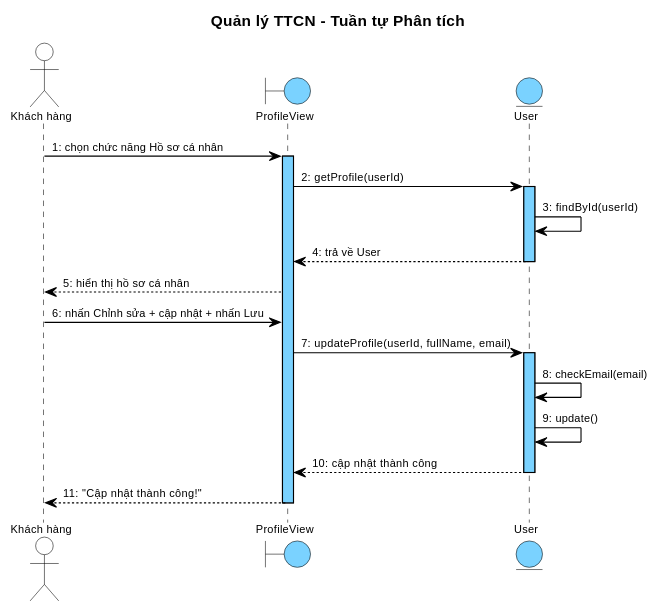
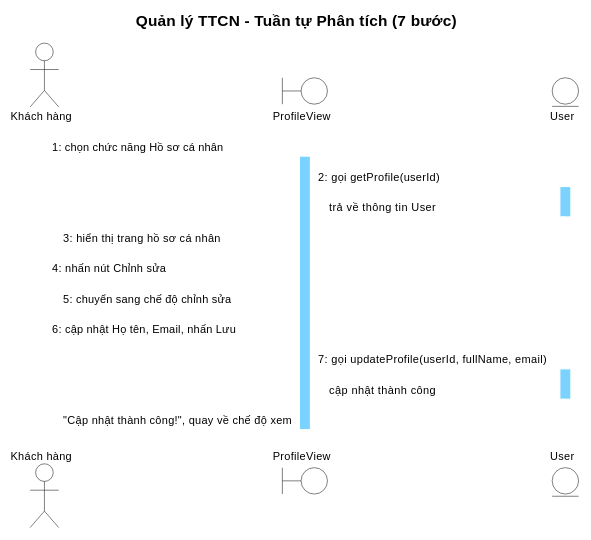
One commit to thanhtrnnn/cnpm changed the sixth of 7 diagrams in docs/tabs/section-account-ii.md. Above: the diagram before and after it, drawn with PlantUML. The commit also changed other lines of this file and 16 other files, not shown here.

First line of the commit message:
feat: strict step alignment + blue diagrams + native bullets

````diff
--- a/docs/tabs/section-account-ii.md
+++ b/docs/tabs/section-account-ii.md
@@ -650,76 +562,52 @@
 ```plantuml
 @startuml
 skinparam shadowing false
 skinparam SequenceMessageAlign left
-
 skinparam SequenceLifeLineBackgroundColor #7AD2FF
 skinparam SequenceLifeLineBorderColor #000000
+skinparam sequenceParticipantBackgroundColor #7AD2FF
+skinparam sequenceParticipantBorderColor #000000
+skinparam sequenceParticipantFontColor #000000
+skinparam sequenceArrowColor #000000
+skinparam sequenceArrowFontColor #000000
 
 <style>
 sequenceDiagram {
   Shadowing 0
   RoundCorner 0
   FontName "Arial"
   FontSize 10
   FontColor #000000
-
-  participant {
-    BackgroundColor #7AD2FF
-    LineColor #000000
-    LineThickness 1
-  }
-
-  actor {
-    BackgroundColor transparent
-    LineColor #000000
-  }
-  boundary {
-    BackgroundColor #7AD2FF
-    LineColor #000000
-  }
-  control {
-    BackgroundColor #7AD2FF
-    LineColor #000000
-  }
-  entity {
-    BackgroundColor #7AD2FF
-    LineColor #000000
-  }
-
-  lifeline {
-    LineColor #000000
-    LineStyle 5-5
-  }
-
-  arrow {
-    LineColor #000000
-    LineThickness 1
-    FontSize 10
-  }
+  participant { BackgroundColor #7AD2FF LineColor #000000 LineThickness 1 }
+  actor { BackgroundColor transparent LineColor #000000 }
+  boundary { BackgroundColor #7AD2FF LineColor #000000 }
+  control { BackgroundColor #7AD2FF LineColor #000000 }
+  entity { BackgroundColor #7AD2FF LineColor #000000 }
+  lifeline { LineColor #000000 LineStyle 5-5 }
+  arrow { LineColor #000000 LineThickness 1 FontSize 10 }
 }
 </style>
-title Quản lý TTCN – Tuần tự Phân tích
+title Quản lý TTCN – Tuần tự Phân tích (7 bước)
 
-actor "Khách hàng" as KH
+actor "Khách hàng" as Actor
 boundary ProfileView as B1
 entity User as E1
 
-KH -> B1 : 1: chọn chức năng Hồ sơ cá nhân
+Actor -> B1 : 1: chọn chức năng Hồ sơ cá nhân
 activate B1
-B1 -> E1 : 2: getProfile(userId)
+B1 -> E1 : 2: gọi getProfile(userId)
 activate E1
-E1 -> E1 : 3: findById(userId)
-E1 --> B1 : 4: trả về User
+E1 --> B1 : trả về thông tin User
 deactivate E1
-B1 --> KH : 5: hiển thị hồ sơ cá nhân
-KH -> B1 : 6: nhấn Chỉnh sửa + cập nhật + nhấn Lưu
-B1 -> E1 : 7: updateProfile(userId, fullName, email)
+B1 --> Actor : 3: hiển thị trang hồ sơ cá nhân
+Actor -> B1 : 4: nhấn nút Chỉnh sửa
+B1 --> Actor : 5: chuyển sang chế độ chỉnh sửa
+Actor -> B1 : 6: cập nhật Họ tên, Email, nhấn Lưu
+B1 -> E1 : 7: gọi updateProfile(userId, fullName, email)
 activate E1
-E1 -> E1 : 8: checkEmail(email)
-E1 -> E1 : 9: update()
-E1 --> B1 : 10: cập nhật thành công
+E1 --> B1 : cập nhật thành công
 deactivate E1
-B1 --> KH : 11: "Cập nhật thành công!"
+B1 --> Actor : "Cập nhật thành công!", quay về chế độ xem
 deactivate B1
 @enduml
 ```
````
